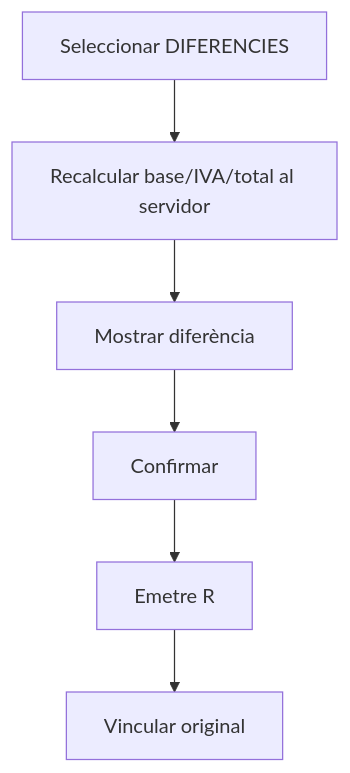
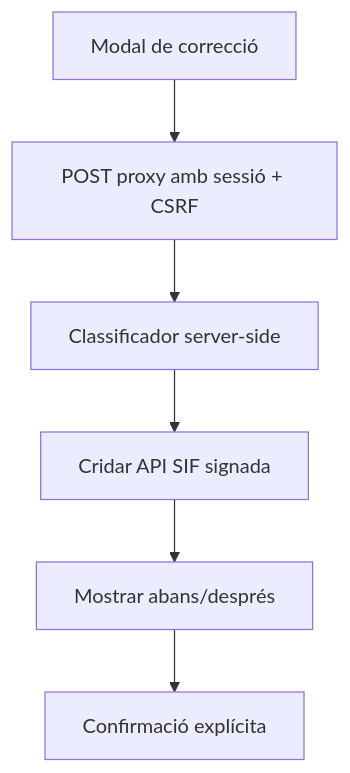
Before and after one commit to orgmeriemprismacat-del/verifactu: the sixth of 13 diagrams in documentacio/07-uml-integrat/uc-005-activitats-pagines-actual-final.md, drawn with Mermaid. The commit also changed other lines of this file, not shown here.

````diff
--- a/documentacio/07-uml-integrat/uc-005-activitats-pagines-actual-final.md
+++ b/documentacio/07-uml-integrat/uc-005-activitats-pagines-actual-final.md
@@ -51,8 +71,8 @@
 ```mermaid
 flowchart TD
-A[Seleccionar DIFERENCIES] --> B[Recalcular base/IVA/total al servidor]
-B --> C[Mostrar diferència]
-C --> D[Confirmar]
-D --> E[Emetre R]
-E --> F[Vincular original]
+A[Modal de correcció] --> B[POST proxy amb sessió + CSRF]
+B --> C[Classificador server-side]
+C --> D[Cridar API SIF signada]
+D --> E[Mostrar abans/després]
+E --> F[Confirmació explícita]
 ```
````
